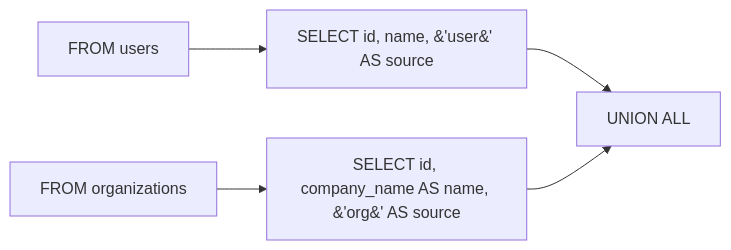
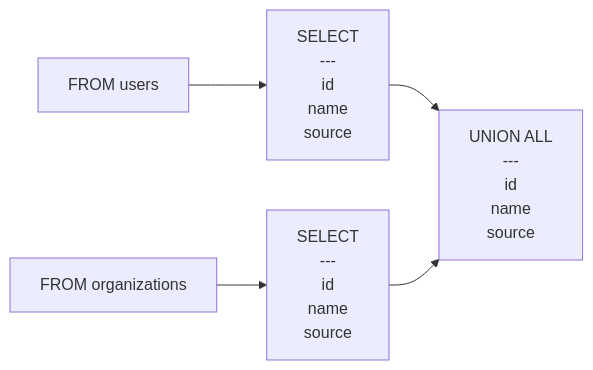
The diagram in examples/union_query.mmd (rot1024/sqloflow), drawn with Mermaid before and after one commit. The commit also changed 42 other files, not shown here.

```diff
--- a/examples/union_query.mmd
+++ b/examples/union_query.mmd
@@ -1,10 +1,10 @@
 flowchart LR
     node_0[FROM users]
-    node_1["SELECT id, name, &#39;user&#39; AS source"]
-    node_2[UNION ALL]
+    node_1["SELECT<br/>---<br/>id<br/>name<br/>source"]
+    node_2["UNION ALL<br/>---<br/>id<br/>name<br/>source"]
     node_3[FROM organizations]
-    node_4["SELECT id, company_name AS name, &#39;org&#39; AS source"]
+    node_4["SELECT<br/>---<br/>id<br/>name<br/>source"]
     node_0 --> node_1
     node_1 --> node_2
     node_3 --> node_4
     node_4 --> node_2
```
